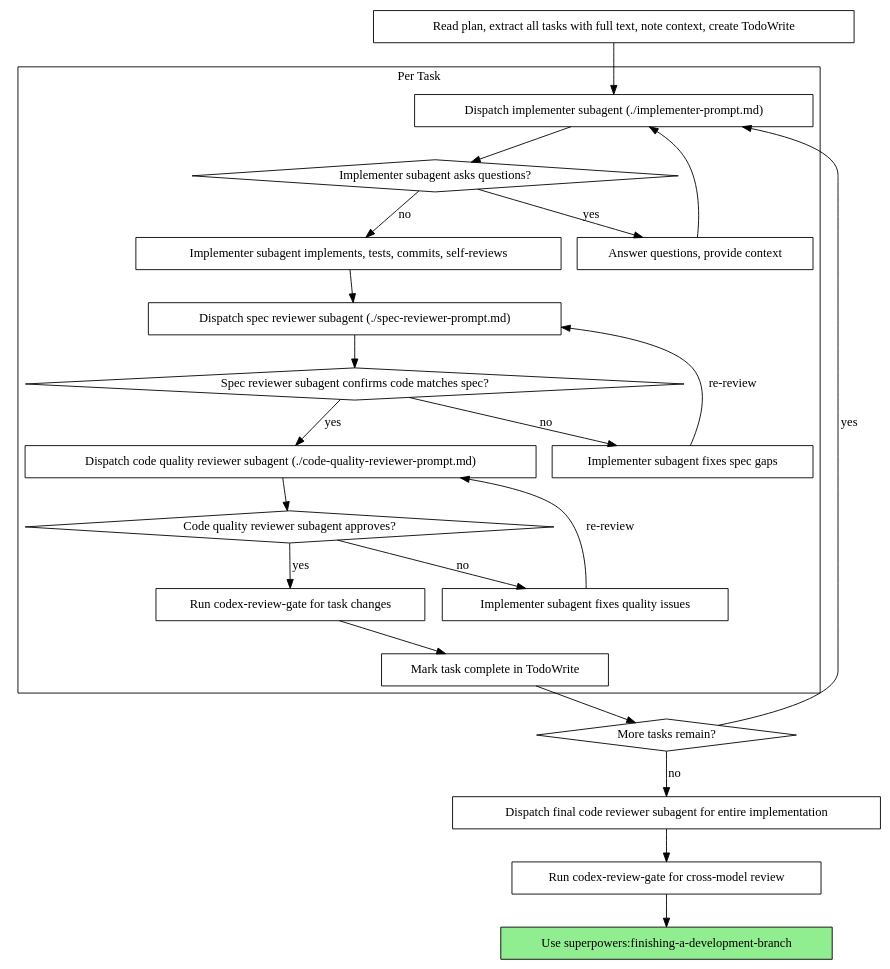
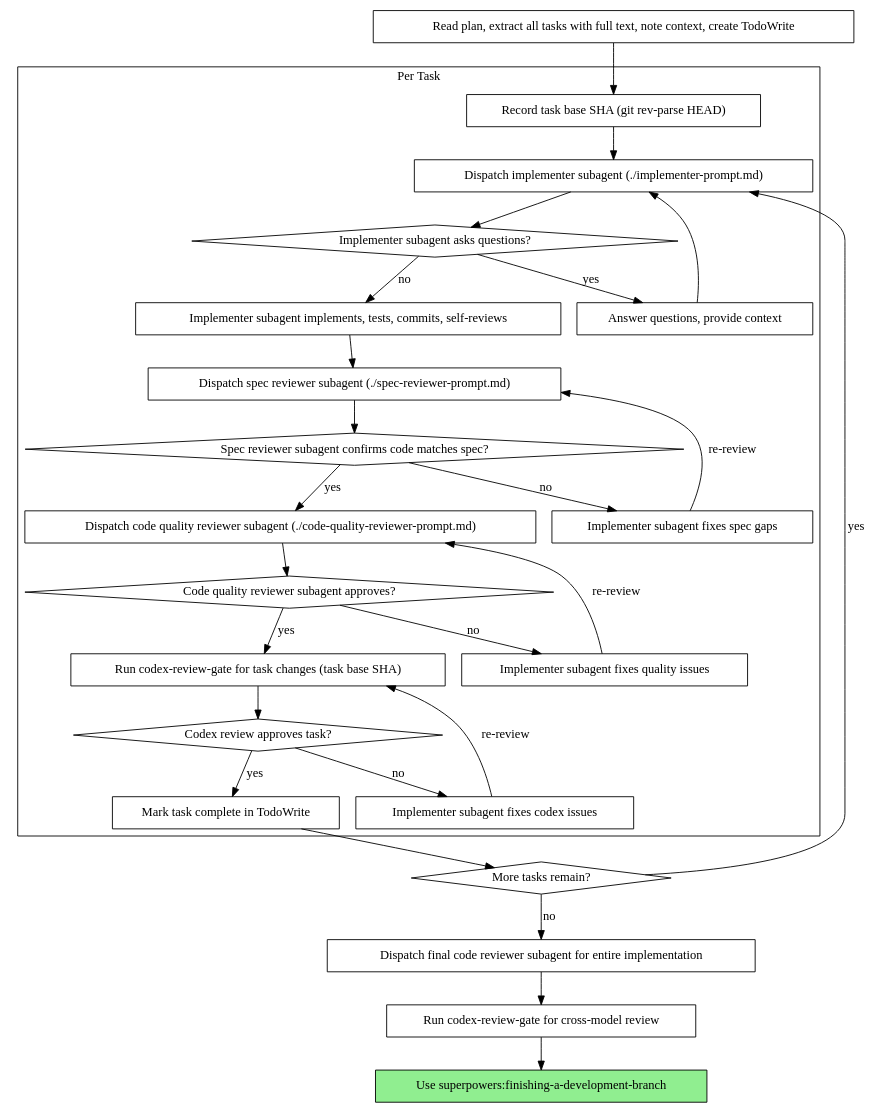
Before and after one commit to seankao31/dotfiles: the second of 2 diagrams in agent-config/superpowers-overrides/subagent-driven-development/SKILL.md, drawn with Graphviz. The commit also changed other lines of this file and 1 other file, not shown here.

Commit message:
scope per-task codex review to task commits and add fix-review loop
Per-task codex review now:
- uses --base flag with task base SHA for task-scoped review
- feeds findings into implementer fix loop (matching spec/quality reviewers)
- re-reviews until clean before marking task complete

Final codex review keeps ask-user protocol (no implementer in scope).

````diff
--- a/agent-config/superpowers-overrides/subagent-driven-development/SKILL.md
+++ b/agent-config/superpowers-overrides/subagent-driven-development/SKILL.md
@@ -44,48 +44,55 @@
 ```dot
 digraph process {
     rankdir=TB;
 
     subgraph cluster_per_task {
         label="Per Task";
+        "Record task base SHA (git rev-parse HEAD)" [shape=box];
         "Dispatch implementer subagent (./implementer-prompt.md)" [shape=box];
         "Implementer subagent asks questions?" [shape=diamond];
         "Answer questions, provide context" [shape=box];
         "Implementer subagent implements, tests, commits, self-reviews" [shape=box];
         "Dispatch spec reviewer subagent (./spec-reviewer-prompt.md)" [shape=box];
         "Spec reviewer subagent confirms code matches spec?" [shape=diamond];
         "Implementer subagent fixes spec gaps" [shape=box];
         "Dispatch code quality reviewer subagent (./code-quality-reviewer-prompt.md)" [shape=box];
         "Code quality reviewer subagent approves?" [shape=diamond];
         "Implementer subagent fixes quality issues" [shape=box];
-        "Run codex-review-gate for task changes" [shape=box];
+        "Run codex-review-gate for task changes (task base SHA)" [shape=box];
+        "Codex review approves task?" [shape=diamond];
+        "Implementer subagent fixes codex issues" [shape=box];
         "Mark task complete in TodoWrite" [shape=box];
     }
 
     "Read plan, extract all tasks with full text, note context, create TodoWrite" [shape=box];
     "More tasks remain?" [shape=diamond];
     "Dispatch final code reviewer subagent for entire implementation" [shape=box];
     "Run codex-review-gate for cross-model review" [shape=box];
     "Use superpowers:finishing-a-development-branch" [shape=box style=filled fillcolor=lightgreen];
 
-    "Read plan, extract all tasks with full text, note context, create TodoWrite" -> "Dispatch implementer subagent (./implementer-prompt.md)";
+    "Read plan, extract all tasks with full text, note context, create TodoWrite" -> "Record task base SHA (git rev-parse HEAD)";
+    "Record task base SHA (git rev-parse HEAD)" -> "Dispatch implementer subagent (./implementer-prompt.md)";
     "Dispatch implementer subagent (./implementer-prompt.md)" -> "Implementer subagent asks questions?";
     "Implementer subagent asks questions?" -> "Answer questions, provide context" [label="yes"];
     "Answer questions, provide context" -> "Dispatch implementer subagent (./implementer-prompt.md)";
     "Implementer subagent asks questions?" -> "Implementer subagent implements, tests, commits, self-reviews" [label="no"];
     "Implementer subagent implements, tests, commits, self-reviews" -> "Dispatch spec reviewer subagent (./spec-reviewer-prompt.md)";
     "Dispatch spec reviewer subagent (./spec-reviewer-prompt.md)" -> "Spec reviewer subagent confirms code matches spec?";
     "Spec reviewer subagent confirms code matches spec?" -> "Implementer subagent fixes spec gaps" [label="no"];
     "Implementer subagent fixes spec gaps" -> "Dispatch spec reviewer subagent (./spec-reviewer-prompt.md)" [label="re-review"];
     "Spec reviewer subagent confirms code matches spec?" -> "Dispatch code quality reviewer subagent (./code-quality-reviewer-prompt.md)" [label="yes"];
     "Dispatch code quality reviewer subagent (./code-quality-reviewer-prompt.md)" -> "Code quality reviewer subagent approves?";
     "Code quality reviewer subagent approves?" -> "Implementer subagent fixes quality issues" [label="no"];
     "Implementer subagent fixes quality issues" -> "Dispatch code quality reviewer subagent (./code-quality-reviewer-prompt.md)" [label="re-review"];
-    "Code quality reviewer subagent approves?" -> "Run codex-review-gate for task changes" [label="yes"];
-    "Run codex-review-gate for task changes" -> "Mark task complete in TodoWrite";
+    "Code quality reviewer subagent approves?" -> "Run codex-review-gate for task changes (task base SHA)" [label="yes"];
+    "Run codex-review-gate for task changes (task base SHA)" -> "Codex review approves task?";
+    "Codex review approves task?" -> "Implementer subagent fixes codex issues" [label="no"];
+    "Implementer subagent fixes codex issues" -> "Run codex-review-gate for task changes (task base SHA)" [label="re-review"];
+    "Codex review approves task?" -> "Mark task complete in TodoWrite" [label="yes"];
     "Mark task complete in TodoWrite" -> "More tasks remain?";
     "More tasks remain?" -> "Dispatch implementer subagent (./implementer-prompt.md)" [label="yes"];
     "More tasks remain?" -> "Dispatch final code reviewer subagent for entire implementation" [label="no"];
     "Dispatch final code reviewer subagent for entire implementation" -> "Run codex-review-gate for cross-model review";
     "Run codex-review-gate for cross-model review" -> "Use superpowers:finishing-a-development-branch";
 }
 ```
````
